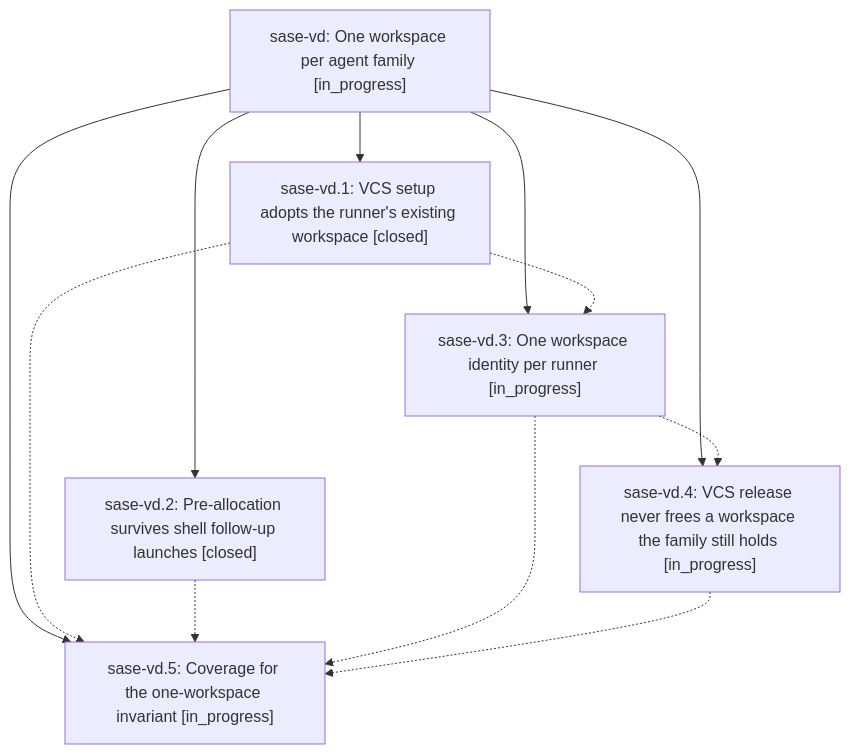
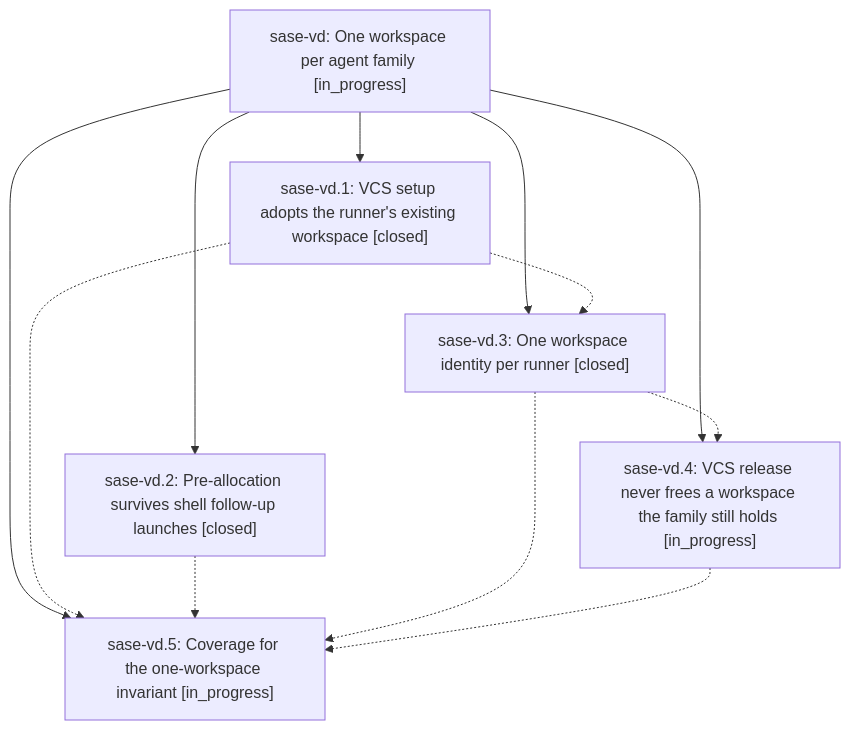
The diagram in pages/sase-vd/README.md (sase-org/sase--beads), drawn with Mermaid before and after one commit. The commit also changed other lines of this file and 5 other files, not shown here.

````diff
--- a/pages/sase-vd/README.md
+++ b/pages/sase-vd/README.md
@@ -38,20 +38,20 @@
 ```mermaid
 flowchart TD
     n0["sase-vd: One workspace per agent family [in_progress]"]
     n1["sase-vd.1: VCS setup adopts the runner's existing workspace [closed]"]
     n2["sase-vd.2: Pre-allocation survives shell follow-up launches [closed]"]
-    n3["sase-vd.3: One workspace identity per runner [in_progress]"]
+    n3["sase-vd.3: One workspace identity per runner [closed]"]
     n4["sase-vd.4: VCS release never frees a workspace the family still holds [in_progress]"]
     n5["sase-vd.5: Coverage for the one-workspace invariant [in_progress]"]
     n0 --> n1
     n0 --> n2
     n0 --> n3
     n0 --> n4
     n0 --> n5
     n1 -.-> n3
     n1 -.-> n5
     n2 -.-> n5
     n3 -.-> n4
     n3 -.-> n5
     n4 -.-> n5
 ```
````
